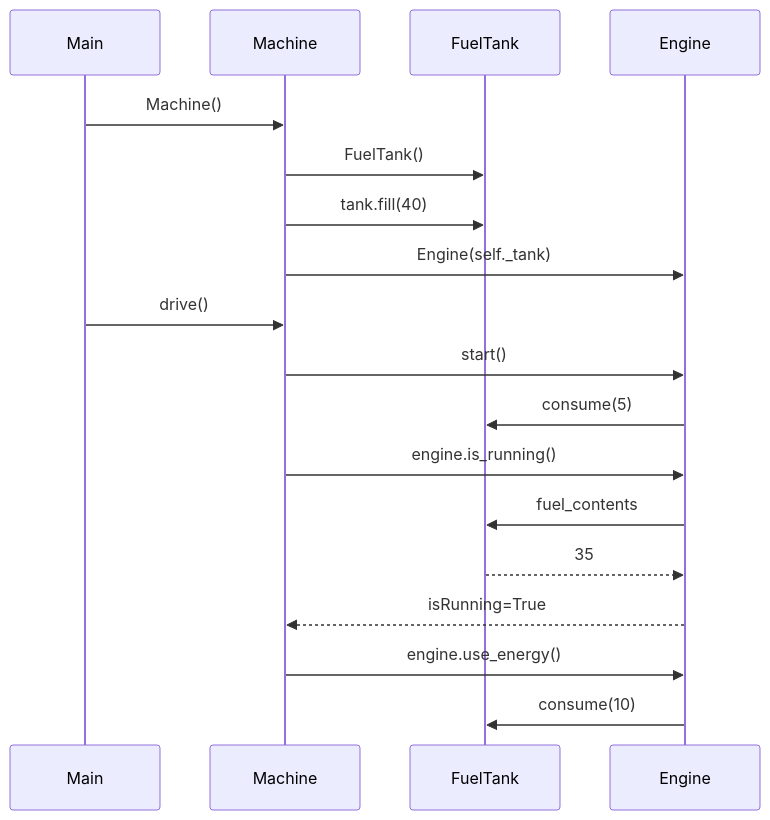
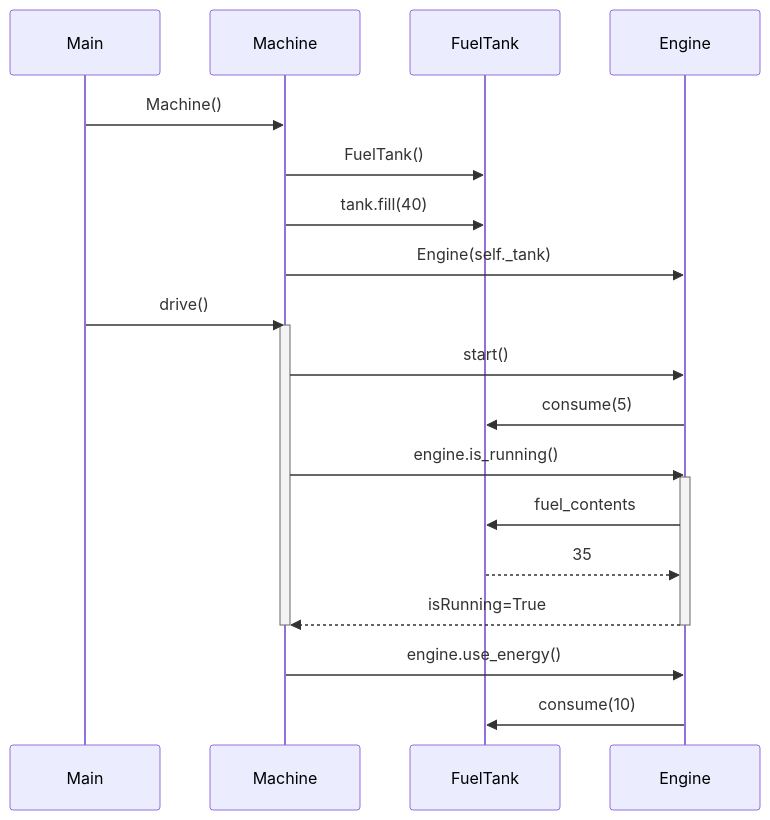
The diagram in laskarit/viikko3/tehtava3.md (Piketulus/SudokuTrainer), drawn with Mermaid before and after one commit.

````diff
--- a/laskarit/viikko3/tehtava3.md
+++ b/laskarit/viikko3/tehtava3.md
@@ -1,17 +1,21 @@
 ```mermaid
     sequenceDiagram
         Main->>Machine: Machine()
         Machine->>FuelTank: FuelTank()
         Machine->>FuelTank: tank.fill(40)
         Machine->>Engine: Engine(self._tank)
         Main->>Machine: drive()
+        activate Machine
         Machine->>Engine: start()
         Engine->>FuelTank: consume(5)
         Machine->>Engine: engine.is_running()
+        activate Engine
         Engine->>FuelTank: fuel_contents
         FuelTank-->>Engine: 35
         Engine-->>Machine: isRunning=True
+        deactivate Engine
+        deactivate Machine
         Machine->>Engine: engine.use_energy()
         Engine->>FuelTank: consume(10)
         
 ```
````
